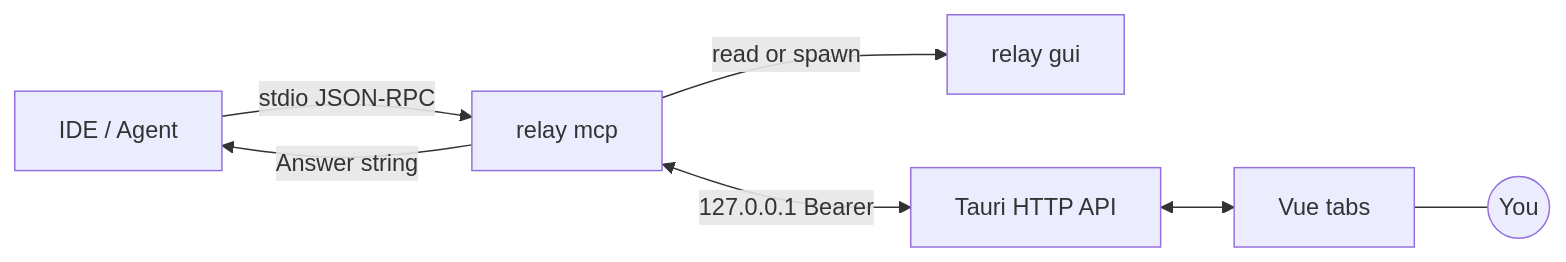
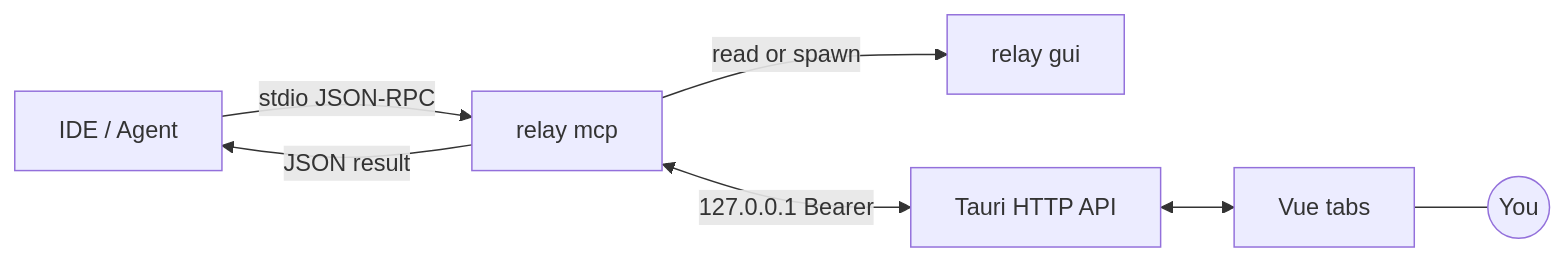
The diagram in README.md (andeya/ide-relay-mcp), drawn with Mermaid before and after one commit. The commit also changed other lines of this file, not shown here.

````diff
--- a/README.md
+++ b/README.md
@@ -56,9 +56,9 @@
 ```mermaid
 flowchart LR
   IDE[IDE / Agent] -->|stdio JSON-RPC| MCP[relay mcp]
   MCP -->|read or spawn| GUI[relay gui]
   MCP <-->|127.0.0.1 Bearer| HTTP[Tauri HTTP API]
   HTTP <--> UI[Vue tabs]
   UI --- User((You))
-  MCP -->|Answer string| IDE
+  MCP -->|JSON result| IDE
 ```
````
